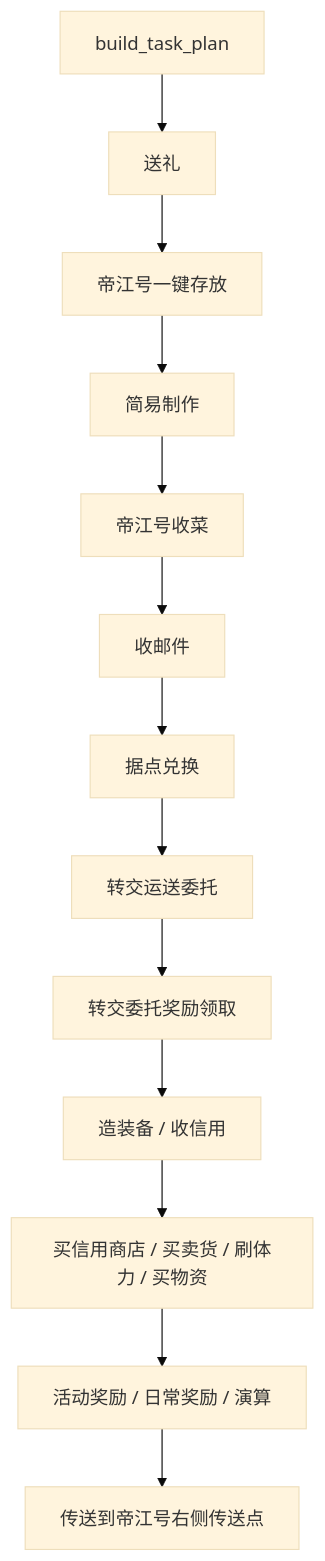
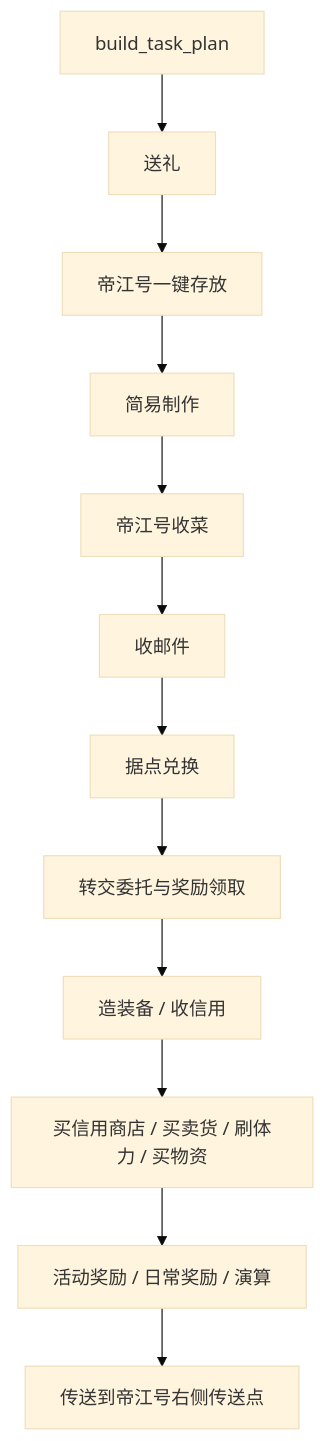
One commit to AliceJump/ok-end-field changed the first of 2 diagrams in docs/日常任务.md. Above: the diagram before and after it, drawn with Mermaid (base theme). The commit also changed other lines of this file and 15 other files, not shown here.

````diff
--- a/docs/日常任务.md
+++ b/docs/日常任务.md
@@ -15,15 +15,14 @@
 ```mermaid
 flowchart TD
     A[build_task_plan] --> B[送礼]
     B --> C[帝江号一键存放]
     C --> D[简易制作]
     D --> E[帝江号收菜]
     E --> F[收邮件]
     F --> G[据点兑换]
-    G --> H[转交运送委托]
-    H --> I[转交委托奖励领取]
-    I --> J[造装备 / 收信用]
-    J --> K[买信用商店 / 买卖货 / 刷体力 / 买物资]
-    K --> L[活动奖励 / 日常奖励 / 演算]
-    L --> M[传送到帝江号右侧传送点]
+    G --> H[转交委托与奖励领取]
+    H --> I[造装备 / 收信用]
+    I --> J[买信用商店 / 买卖货 / 刷体力 / 买物资]
+    J --> K[活动奖励 / 日常奖励 / 演算]
+    K --> L[传送到帝江号右侧传送点]
 ```
````
